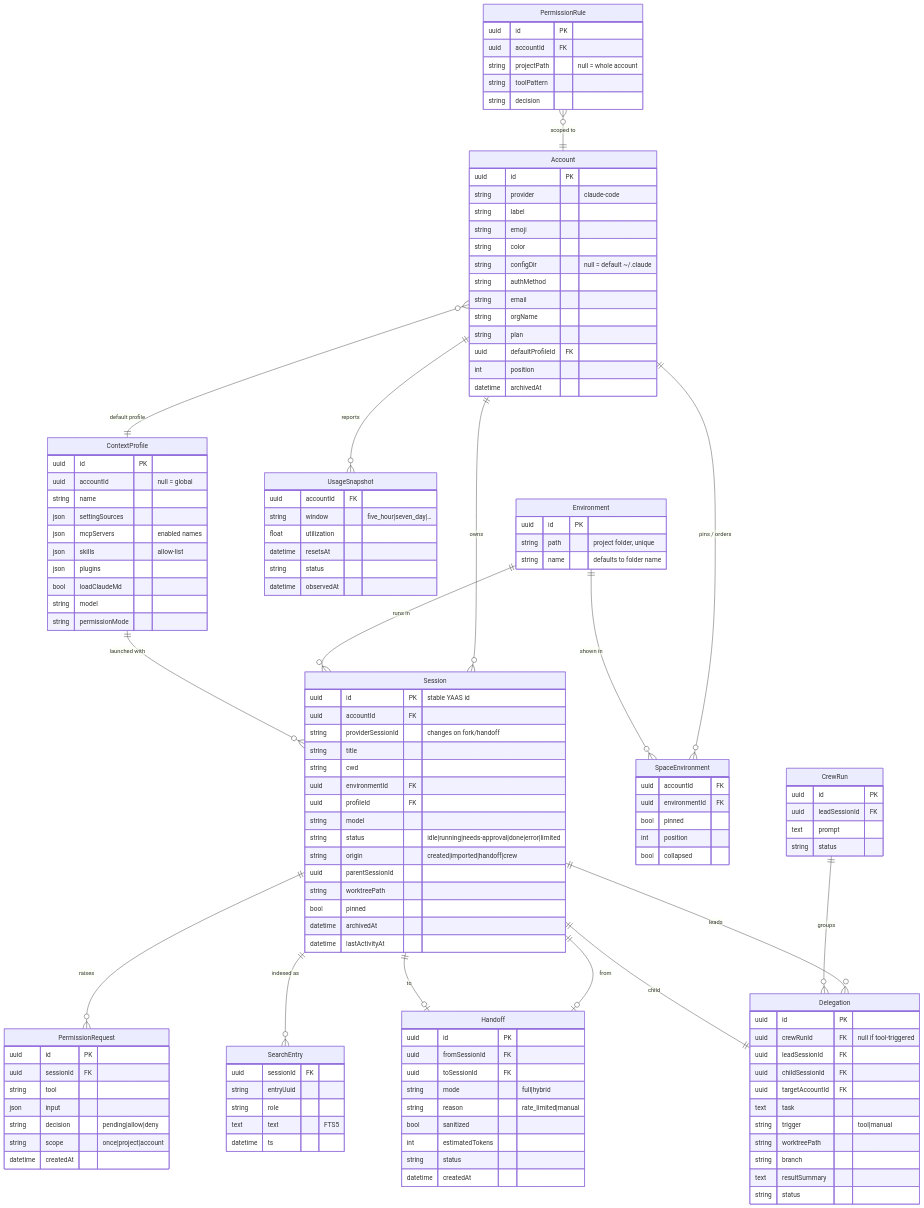
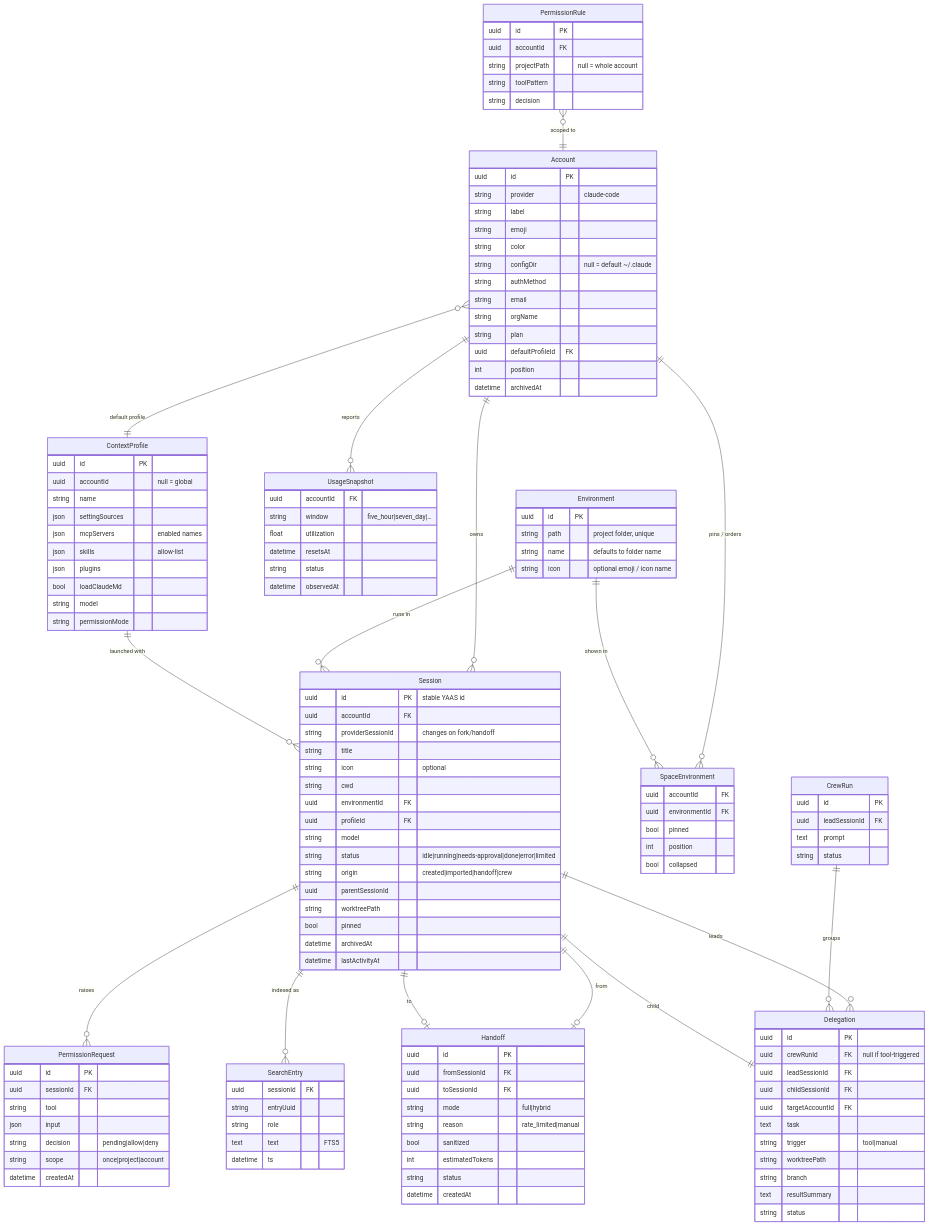
One commit to T0MMMMM/Yaas changed the second of 3 diagrams in docs/ARCHITECTURE.md. Above: the diagram before and after it, drawn with Mermaid. The commit also changed other lines of this file and 2 other files, not shown here.

Commit message:
docs(design): add top bar, folder environments, pinned section and settings
Top bar above the content card carries the context and usage meters
(or the sidebar, as a setting). Environments become folders, pins sit
above a separator, accounts move to the bottom left next to a Settings
button, and the sidebar can auto-hide. Document settings options
including auto-archive, and optional icons on environments/sessions.

```diff
--- a/docs/ARCHITECTURE.md
+++ b/docs/ARCHITECTURE.md
@@ -180,6 +180,7 @@
     uuid id PK
     string path "project folder, unique"
     string name "defaults to folder name"
+    string icon "optional emoji / icon name"
   }
   SpaceEnvironment {
     uuid accountId FK
@@ -205,6 +206,7 @@
     uuid accountId FK
     string providerSessionId "changes on fork/handoff"
     string title
+    string icon "optional"
     string cwd
     uuid environmentId FK
     uuid profileId FK
```
